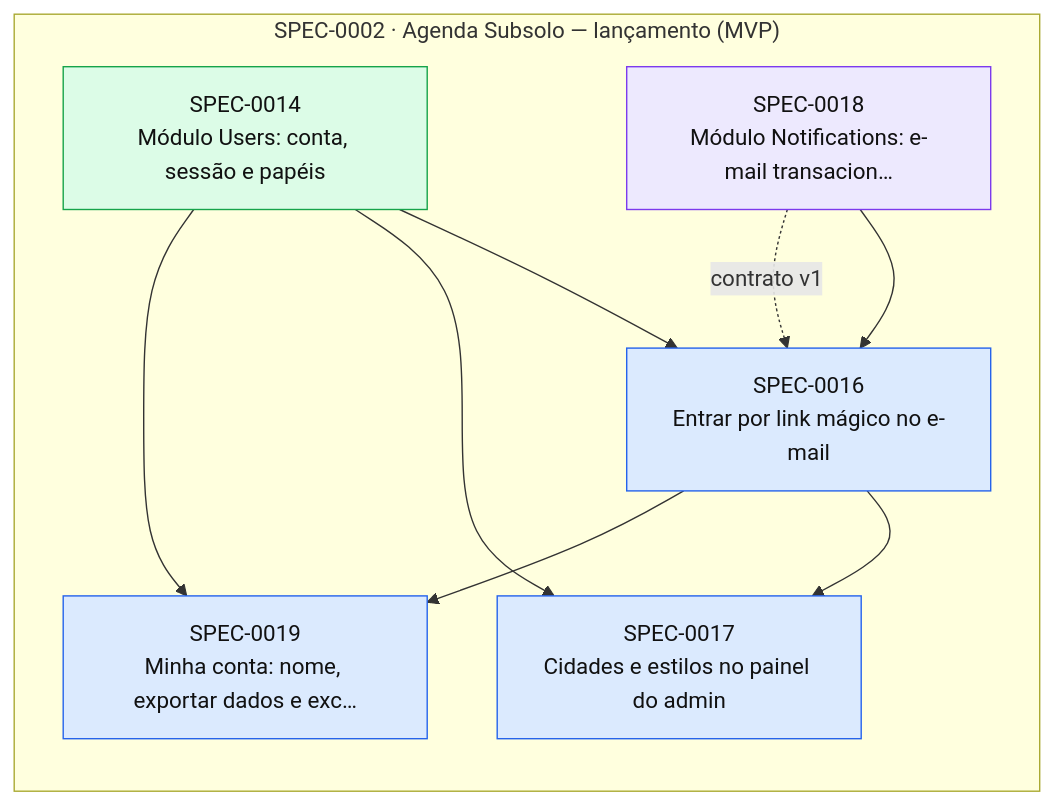
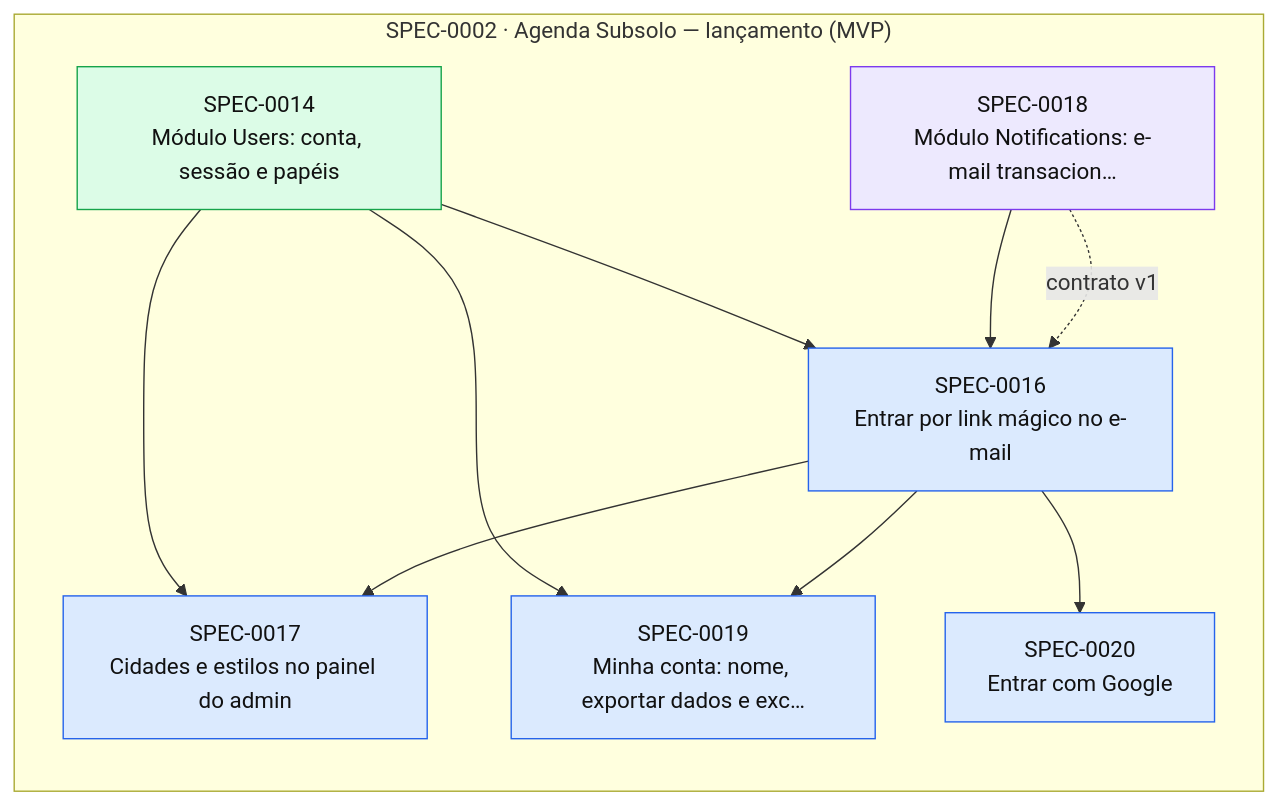
One commit to thomasravache/subsolo changed the diagram in docs/specs/INDEX.md. Above: the diagram before and after it, drawn with Mermaid. The commit also changed other lines of this file and 2 other files, not shown here.

First line of the commit message:
docs(sdd): add and approve SPEC-0020 (Entrar com Google) under the standing autopilot

````diff
--- a/docs/specs/INDEX.md
+++ b/docs/specs/INDEX.md
@@ -67,22 +68,24 @@
 ```mermaid
 flowchart LR
   subgraph E0002["SPEC-0002 · Agenda Subsolo — lançamento (MVP)"]
     S0014["SPEC-0014<br/>Módulo Users: conta, sessão e papéis"]:::implemented
     S0016["SPEC-0016<br/>Entrar por link mágico no e-mail"]:::approved
     S0017["SPEC-0017<br/>Cidades e estilos no painel do admin"]:::approved
     S0018["SPEC-0018<br/>Módulo Notifications: e-mail transacion…"]:::inprogress
     S0019["SPEC-0019<br/>Minha conta: nome, exportar dados e exc…"]:::approved
+    S0020["SPEC-0020<br/>Entrar com Google"]:::approved
   end
   S0014 --> S0016
   S0018 --> S0016
   S0018 -. contrato v1 .-> S0016
   S0014 --> S0017
   S0016 --> S0017
   S0014 --> S0019
   S0016 --> S0019
+  S0016 --> S0020
   classDef proposed fill:#fef3c7,stroke:#d97706,color:#111
   classDef approved fill:#dbeafe,stroke:#2563eb,color:#111
   classDef inprogress fill:#ede9fe,stroke:#7c3aed,color:#111
   classDef implemented fill:#dcfce7,stroke:#16a34a,color:#111
   classDef deprecated fill:#f3f4f6,stroke:#9ca3af,color:#6b7280
 ```
````
